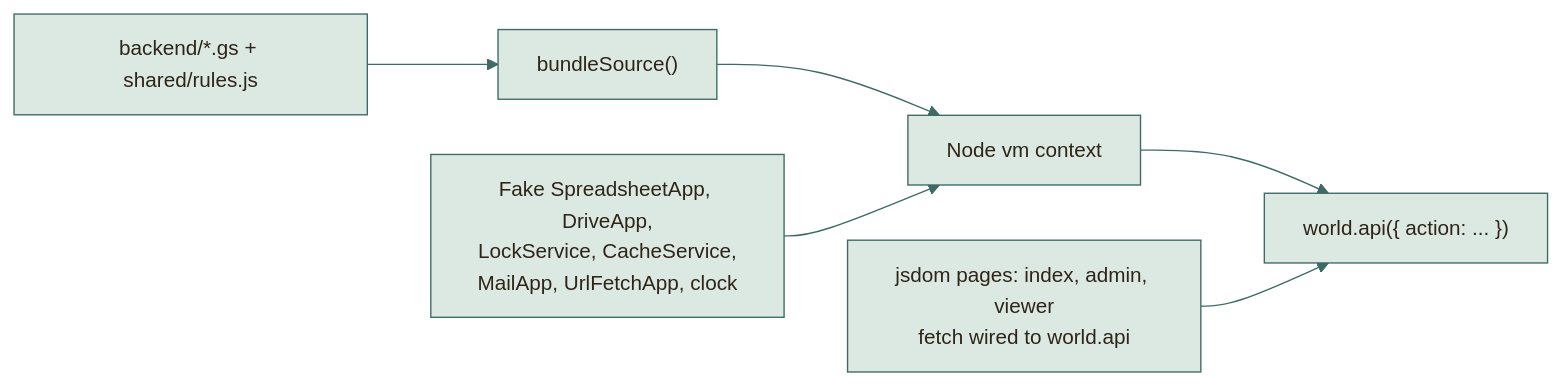
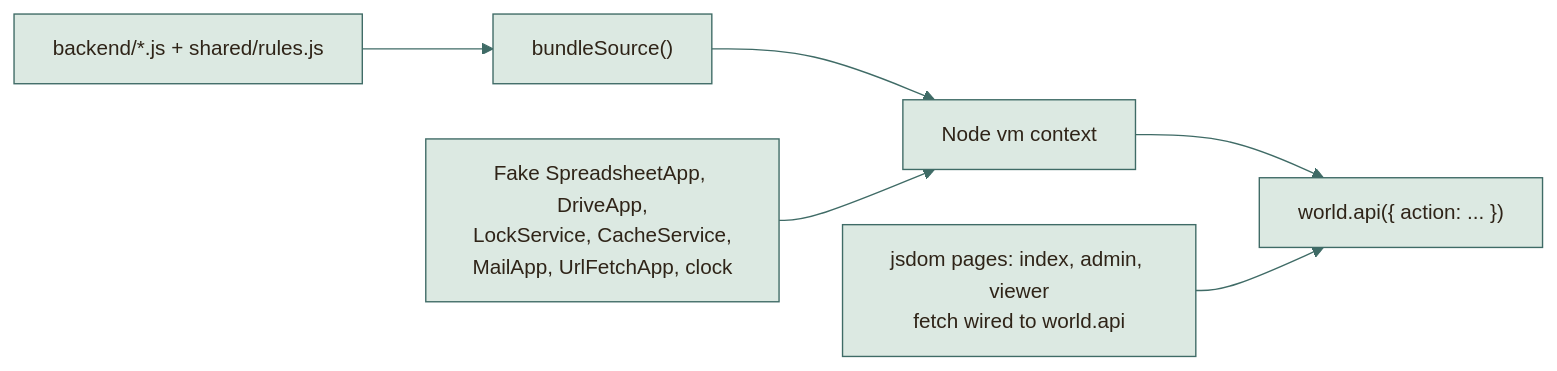
One commit to moyeh04/forms-platform changed the sixth of 9 diagrams in docs/architecture/WORKAROUNDS.md. Above: the diagram before and after it, drawn with Mermaid. The commit also changed other lines of this file and 37 other files, not shown here.

````diff
--- a/docs/architecture/WORKAROUNDS.md
+++ b/docs/architecture/WORKAROUNDS.md
@@ -391,36 +391,36 @@
 ```mermaid
 %%{init: {
   'theme': 'base',
   'themeVariables': {
     'fontFamily': 'ui-sans-serif, system-ui, -apple-system, Segoe UI, Roboto, sans-serif',
     'fontSize': '15px',
     'primaryColor': '#DCE9E2', 'primaryBorderColor': '#3F6B66', 'primaryTextColor': '#2F2418',
     'secondaryColor': '#F0E4C8', 'secondaryBorderColor': '#C9A24A', 'secondaryTextColor': '#2F2418',
     'tertiaryColor': '#F6EFDC', 'tertiaryBorderColor': '#CDBB94', 'tertiaryTextColor': '#2F2418',
     'lineColor': '#3F6B66', 'textColor': '#2F2418', 'mainBkg': '#DCE9E2', 'nodeBorder': '#3F6B66',
     'clusterBkg': '#F6EFDC', 'clusterBorder': '#CDBB94', 'titleColor': '#2F2418',
     'edgeLabelBackground': '#F8F1DD',
     'actorBkg': '#DCE9E2', 'actorBorder': '#3F6B66', 'actorTextColor': '#2F2418', 'actorLineColor': '#8FB3AB',
     'signalColor': '#477A73', 'signalTextColor': '#477A73',
     'labelBoxBkgColor': '#F0E4C8', 'labelBoxBorderColor': '#C9A24A', 'labelTextColor': '#2F2418', 'loopTextColor': '#6A5A44',
     'noteBkgColor': '#FBEFC9', 'noteBorderColor': '#C9A24A', 'noteTextColor': '#2F2418',
     'activationBkgColor': '#DCE9E2', 'activationBorderColor': '#3F6B66', 'sequenceNumberColor': '#F8F1DD',
     'transitionColor': '#3F6B66', 'stateLabelColor': '#2F2418', 'stateBkg': '#DCE9E2', 'altBackground': '#F6EFDC',
     'attributeBackgroundColorOdd': '#F8F1DD', 'attributeBackgroundColorEven': '#F0E4C8'
   },
   'flowchart': {'curve': 'basis', 'padding': 14, 'nodeSpacing': 40, 'rankSpacing': 46},
   'sequence': {'mirrorActors': false, 'messageMargin': 34, 'boxMargin': 8}
 }}%%
 flowchart LR
-    src["backend/*.gs + shared/rules.js"] --> bundle["bundleSource()"]
+    src["backend/*.js + shared/rules.js"] --> bundle["bundleSource()"]
     bundle --> vm["Node vm context"]
     mocks["Fake SpreadsheetApp, DriveApp,<br/>LockService, CacheService,<br/>MailApp, UrlFetchApp, clock"] --> vm
     vm --> world["world.api({ action: ... })"]
     jsdom["jsdom pages: index, admin, viewer<br/>fetch wired to world.api"] --> world
     classDef cDb fill:#F3E2B3,stroke:#B8892D,stroke-width:1.5px,color:#2F2418
     classDef cActor fill:#F4D9D3,stroke:#9A3328,stroke-width:1.5px,color:#2F2418
     classDef cDec fill:#FBEFC9,stroke:#C9A24A,stroke-width:1.5px,color:#2F2418
     classDef cEnd fill:#2F2418,stroke:#2F2418,color:#F8F1DD
     classDef cErr fill:#F6D5CF,stroke:#A12B1F,stroke-width:1.5px,color:#5A140C
     classDef cOk fill:#BFD9CF,stroke:#2E5A55,stroke-width:1.5px,color:#17302D
 ```
````
